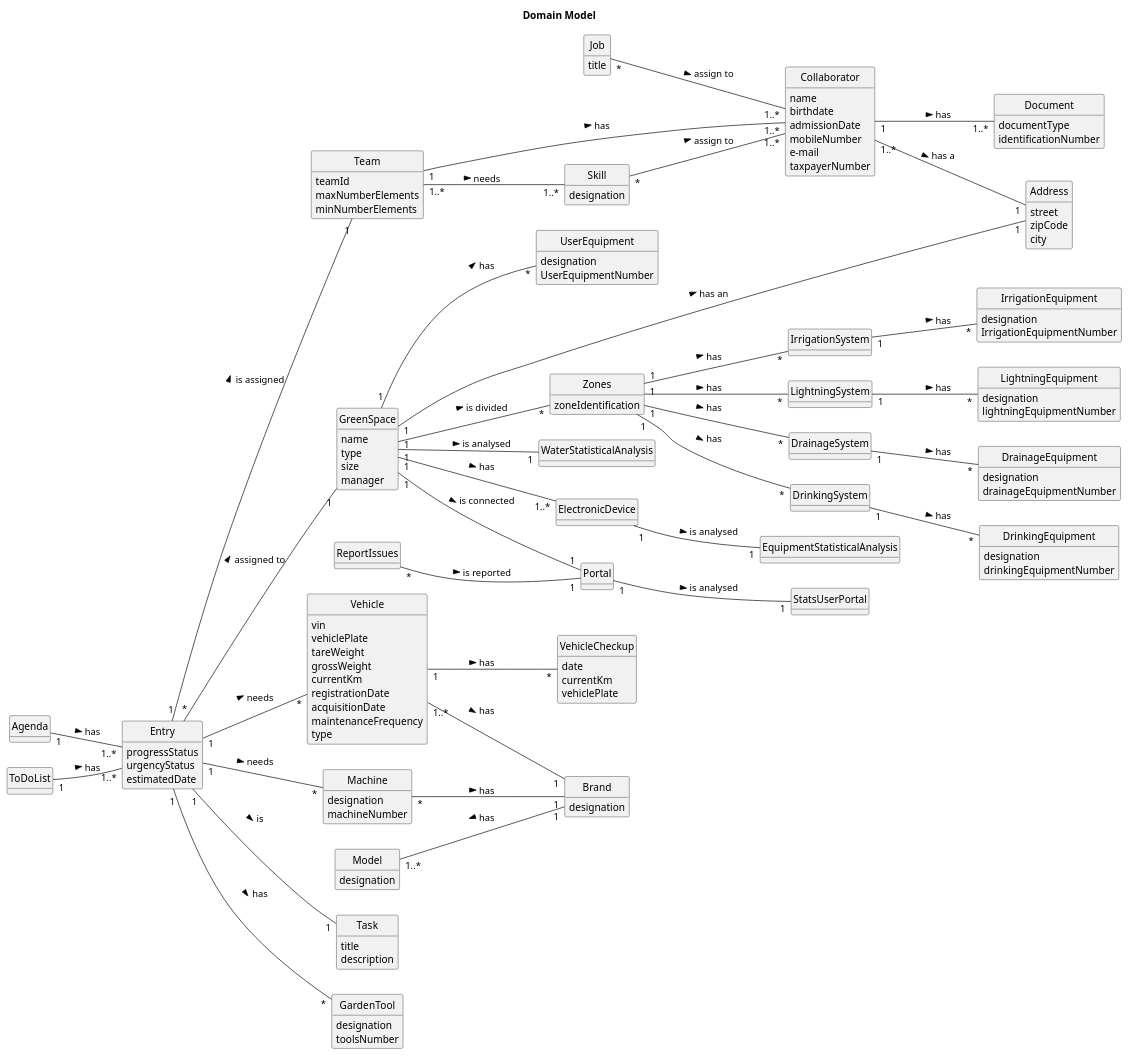
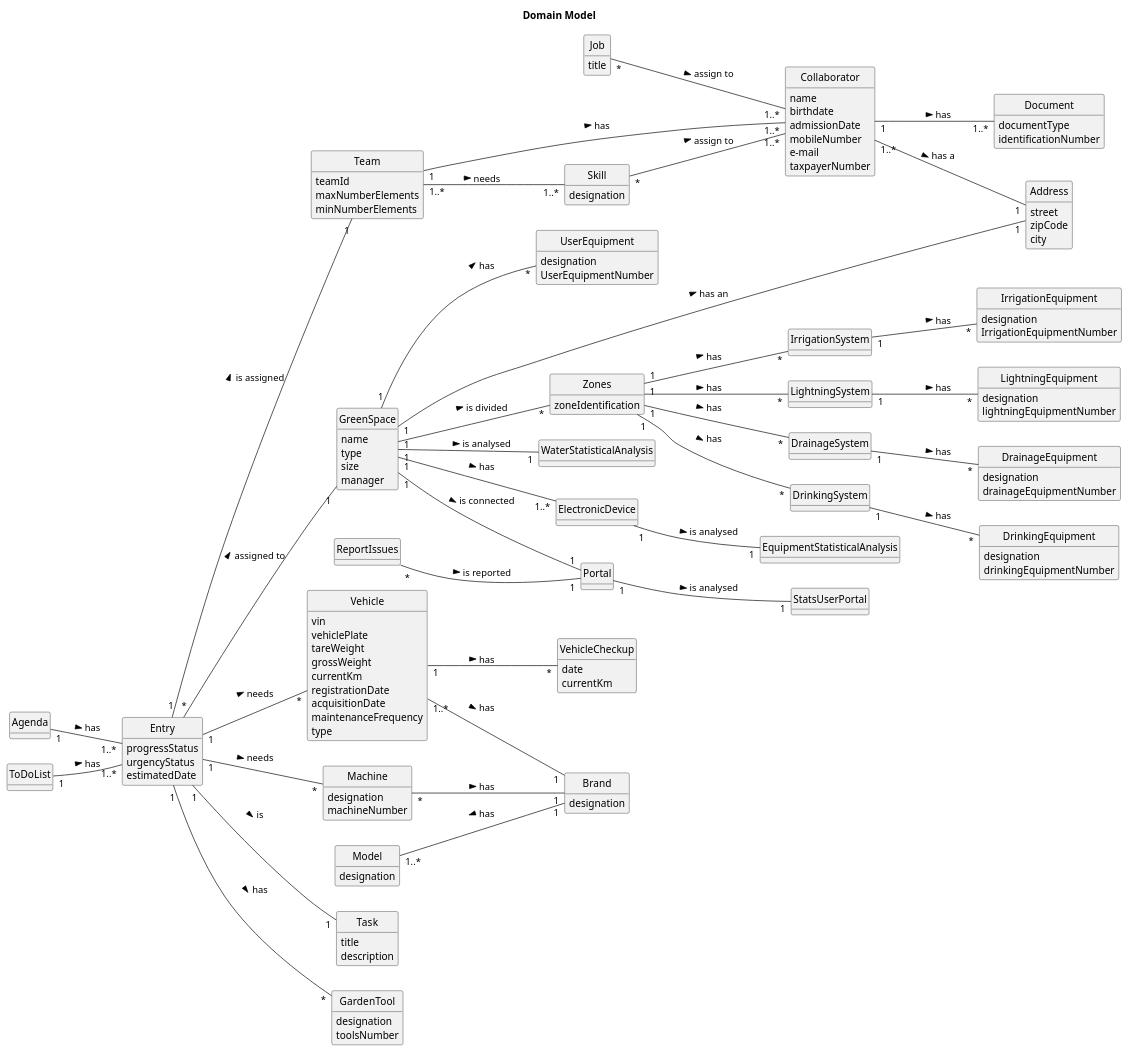
Before and after one commit to ricardomm7/leaflink: the diagram in docs/sprintC/global-artifacts/02.analysis/puml/project-domain-model.puml, drawn with PlantUML. The commit also changed 9 other files, not shown here.

```diff
--- a/docs/sprintC/global-artifacts/02.analysis/puml/project-domain-model.puml
+++ b/docs/sprintC/global-artifacts/02.analysis/puml/project-domain-model.puml
@@ -67,7 +67,6 @@
 class VehicleCheckup{
     date
     currentKm
-    vehiclePlate
 }
 
 class ReportIssues{
```
